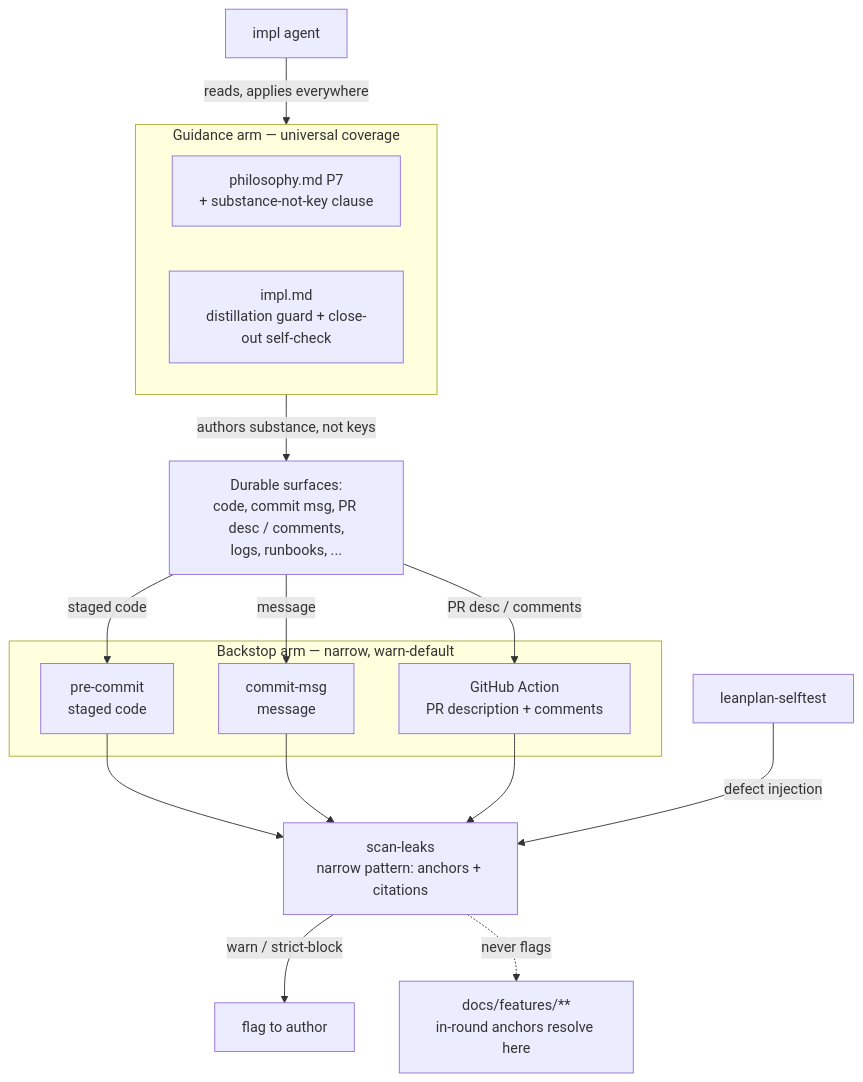
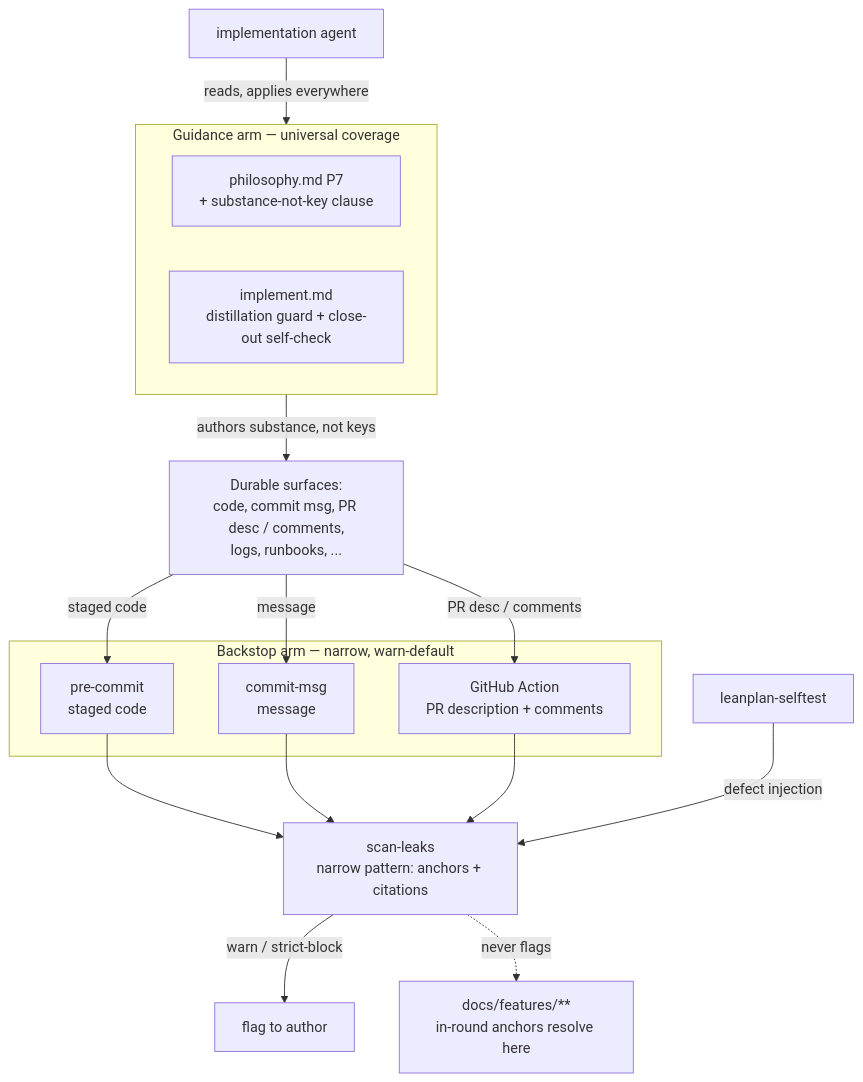
One commit to mynghn/leanplan changed the diagram in docs/features/260620-round-scoped-key-leakage/design.md. Above: the diagram before and after it, drawn with Mermaid. The commit also changed other lines of this file and 35 other files, not shown here.

````diff
--- a/docs/features/260620-round-scoped-key-leakage/design.md
+++ b/docs/features/260620-round-scoped-key-leakage/design.md
@@ -7,26 +7,26 @@
 ```mermaid
 flowchart TB
-    AGENT["impl agent"]
+    AGENT["implementation agent"]
     subgraph G["Guidance arm — universal coverage"]
         P7["philosophy.md P7<br/>+ substance-not-key clause"]
-        IMPL["impl.md<br/>distillation guard + close-out self-check"]
+        IMPL["implement.md<br/>distillation guard + close-out self-check"]
     end
     SCAN["scan-leaks<br/>narrow pattern: anchors + citations"]
     subgraph B["Backstop arm — narrow, warn-default"]
         PRE["pre-commit<br/>staged code"]
         CM["commit-msg<br/>message"]
         GHA["GitHub Action<br/>PR description + comments"]
     end
 
     AGENT -->|reads, applies everywhere| G
     G -->|authors substance, not keys| SURF["Durable surfaces:<br/>code, commit msg, PR desc / comments,<br/>logs, runbooks, ..."]
     SURF -->|staged code| PRE
     SURF -->|message| CM
     SURF -->|PR desc / comments| GHA
     PRE --> SCAN
     CM --> SCAN
     GHA --> SCAN
     SCAN -->|warn / strict-block| OUT["flag to author"]
     SELF["leanplan-selftest"] -->|defect injection| SCAN
     SCAN -. never flags .-> EXC["docs/features/**<br/>in-round anchors resolve here"]
 ```
````
